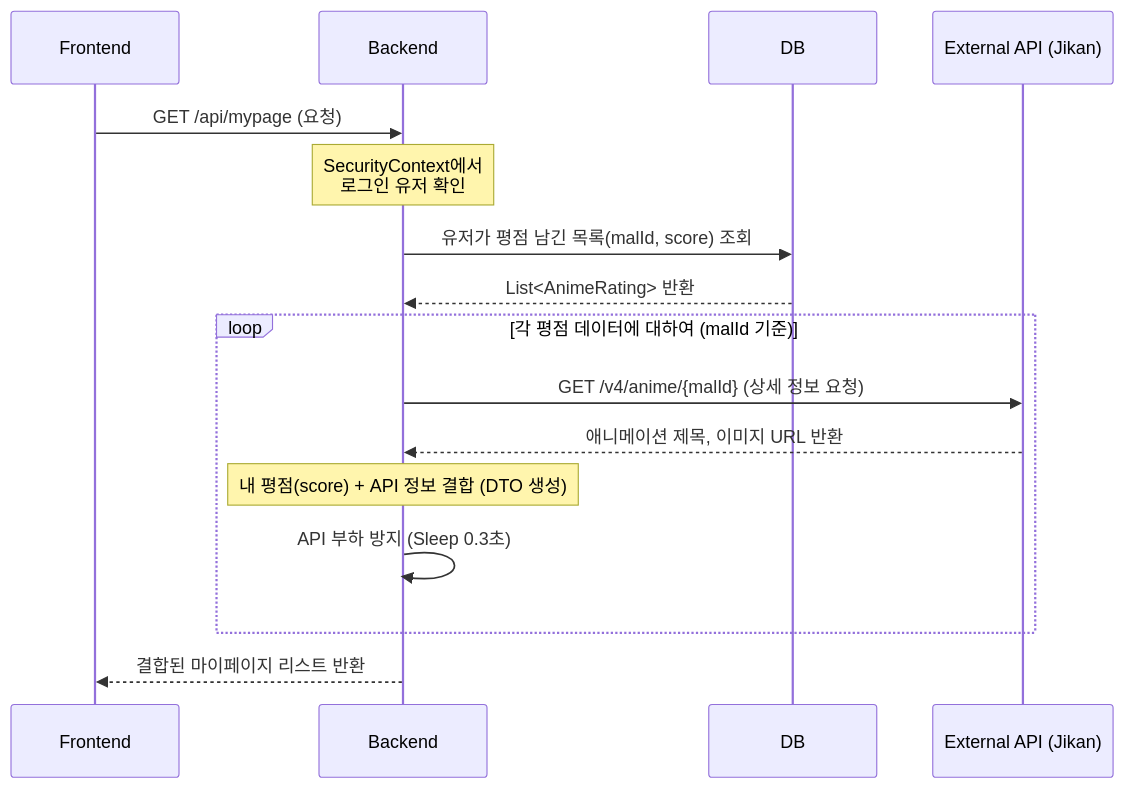
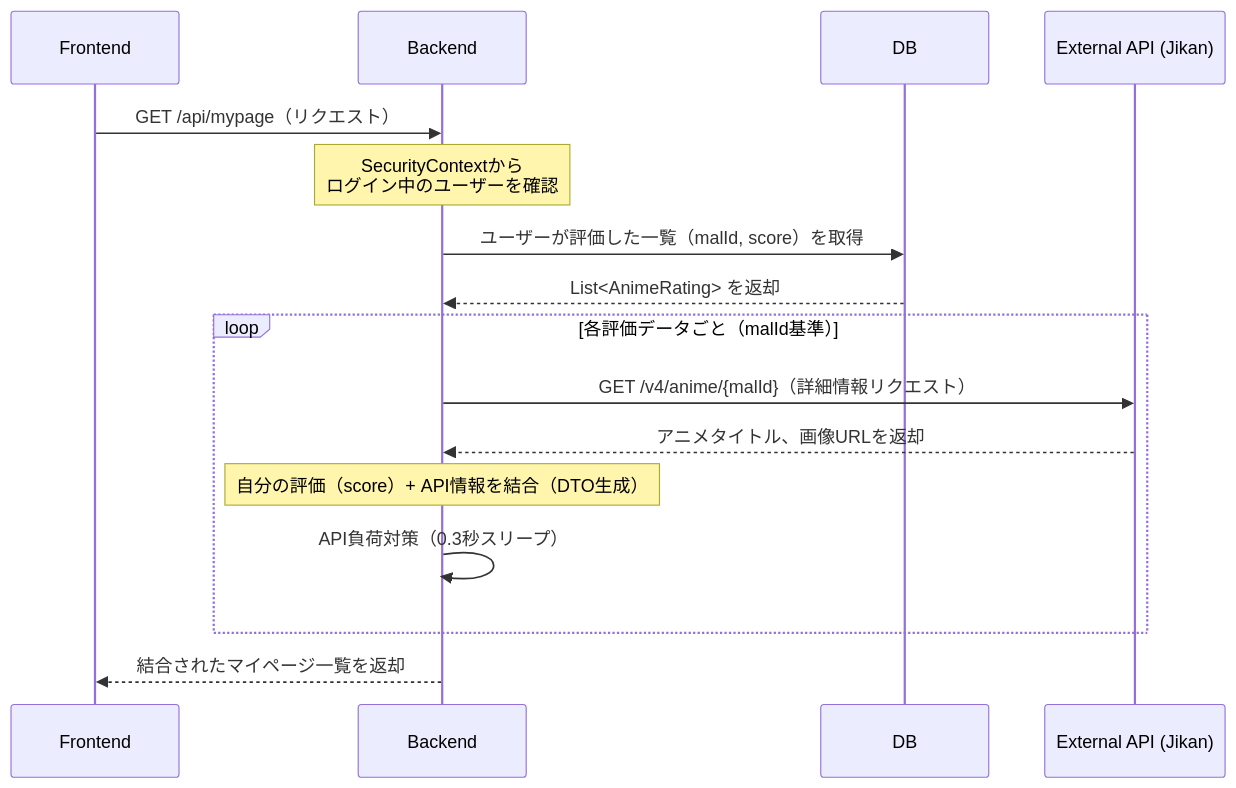
Before and after one commit to You-HyunHo/ani-frontend: the tenth of 10 diagrams in README_img/SEQUENCE.md, drawn with Mermaid. The commit also changed other lines of this file, not shown here.

````diff
--- a/README_img/SEQUENCE.md
+++ b/README_img/SEQUENCE.md
@@ -209,23 +210,23 @@
 ```mermaid
 sequenceDiagram
     participant FE as Frontend
     participant BE as Backend 
     participant DB 
     participant EXT as External API (Jikan)
 
-    FE->>BE: GET /api/mypage (요청)
+    FE->>BE: GET /api/mypage（リクエスト）
     
-    Note over BE: SecurityContext에서<br/>로그인 유저 확인
+    Note over BE: SecurityContextから<br/>ログイン中のユーザーを確認
     
-    BE->>DB: 유저가 평점 남긴 목록(malId, score) 조회
-    DB-->>BE: List<AnimeRating> 반환
+    BE->>DB: ユーザーが評価した一覧（malId, score）を取得
+    DB-->>BE: List<AnimeRating> を返却
 
-    loop 각 평점 데이터에 대하여 (malId 기준)
-        BE->>EXT: GET /v4/anime/{malId} (상세 정보 요청)
-        EXT-->>BE: 애니메이션 제목, 이미지 URL 반환
-        Note over BE: 내 평점(score) + API 정보 결합 (DTO 생성)
-        BE->>BE: API 부하 방지 (Sleep 0.3초)
+    loop 各評価データごと（malId基準）
+        BE->>EXT: GET /v4/anime/{malId}（詳細情報リクエスト）
+        EXT-->>BE: アニメタイトル、画像URLを返却
+        Note over BE: 自分の評価（score）+ API情報を結合（DTO生成）
+        BE->>BE: API負荷対策（0.3秒スリープ）
     end
 
-    BE-->>FE: 결합된 마이페이지 리스트 반환
+    BE-->>FE: 結合されたマイページ一覧を返却
 ```
````
